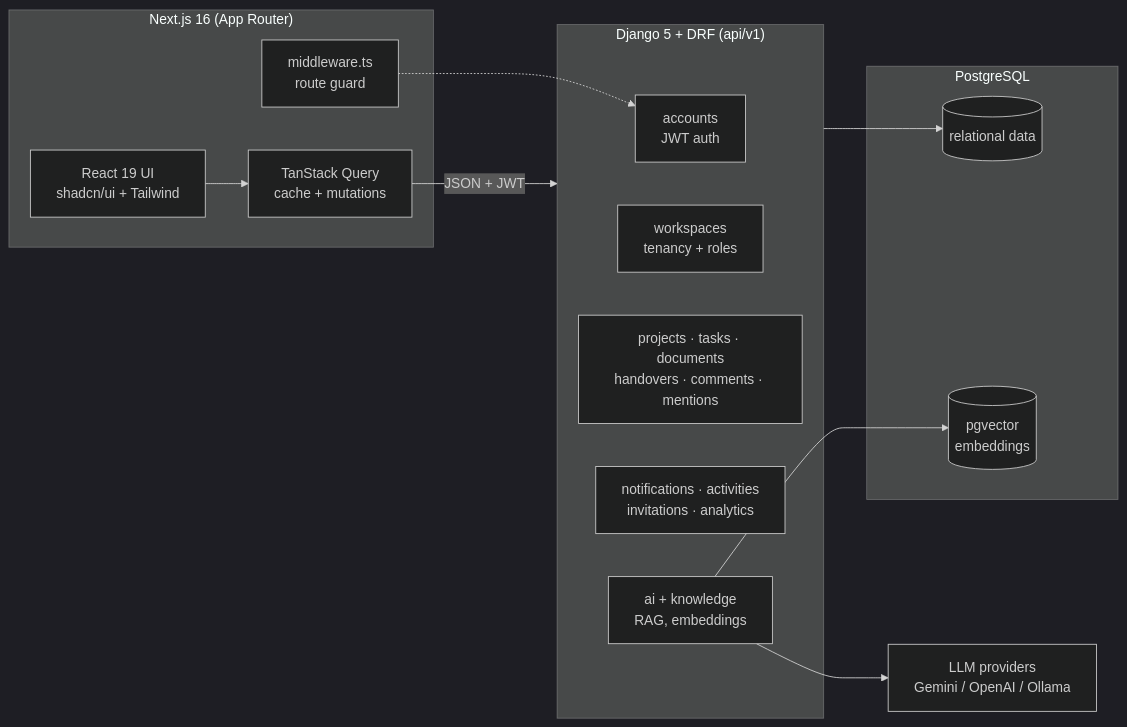
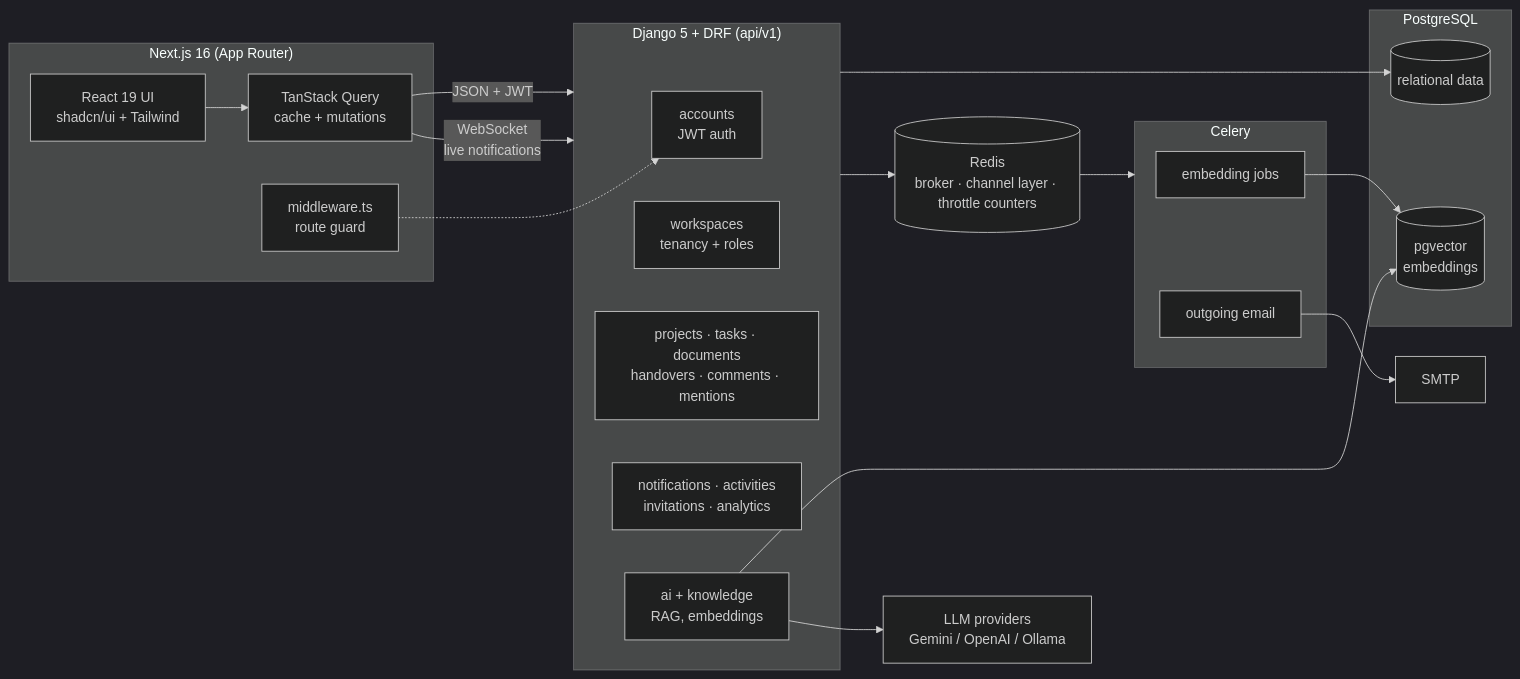
One commit to Dhruwvaviya999/nexora changed the diagram in README.md. Above: the diagram before and after it, drawn with Mermaid (dark theme). The commit also changed other lines of this file and 59 other files, not shown here.

First line of the commit message:
feat: add WebSocket support for notifications and implement Celery for background tasks

````diff
--- a/README.md
+++ b/README.md
@@ -44,30 +45,42 @@
 ```mermaid
 flowchart LR
     subgraph Client["Next.js 16 (App Router)"]
         UI["React 19 UI<br/>shadcn/ui + Tailwind"]
         RQ["TanStack Query<br/>cache + mutations"]
         MW["middleware.ts<br/>route guard"]
         UI --> RQ
     end
 
     subgraph API["Django 5 + DRF (api/v1)"]
         AUTH["accounts<br/>JWT auth"]
         WS["workspaces<br/>tenancy + roles"]
         DOMAIN["projects · tasks · documents<br/>handovers · comments · mentions"]
         PLAT["notifications · activities<br/>invitations · analytics"]
         AI["ai + knowledge<br/>RAG, embeddings"]
     end
 
+    subgraph Workers["Celery"]
+        EMB["embedding jobs"]
+        MAIL["outgoing email"]
+    end
+
     subgraph Data["PostgreSQL"]
         PG[("relational data")]
         VEC[("pgvector<br/>embeddings")]
     end
 
+    REDIS[("Redis<br/>broker · channel layer · throttle counters")]
     LLM["LLM providers<br/>Gemini / OpenAI / Ollama"]
+    SMTP["SMTP"]
 
     RQ -- "JSON + JWT" --> API
+    RQ -- "WebSocket<br/>live notifications" --> API
     MW -.-> AUTH
     API --> PG
+    API --> REDIS
+    REDIS --> Workers
+    EMB --> VEC
+    MAIL --> SMTP
     AI --> VEC
     AI --> LLM
 ```
````
